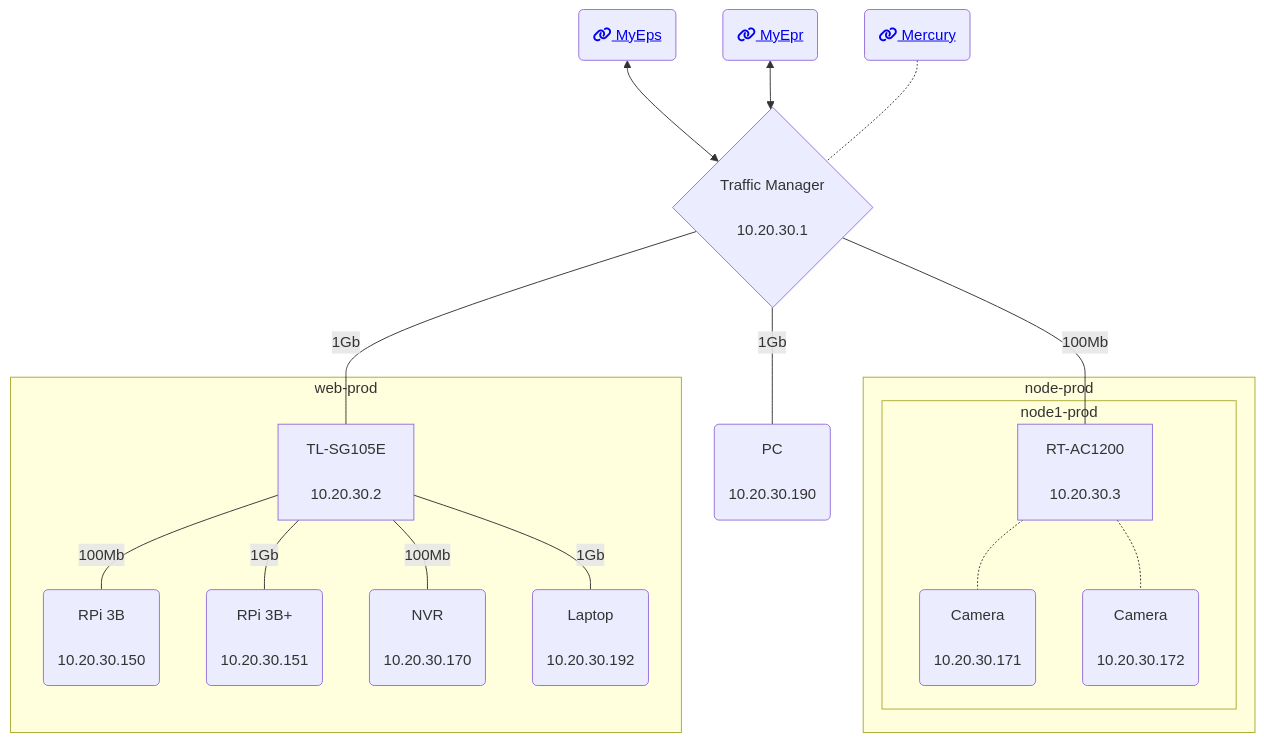
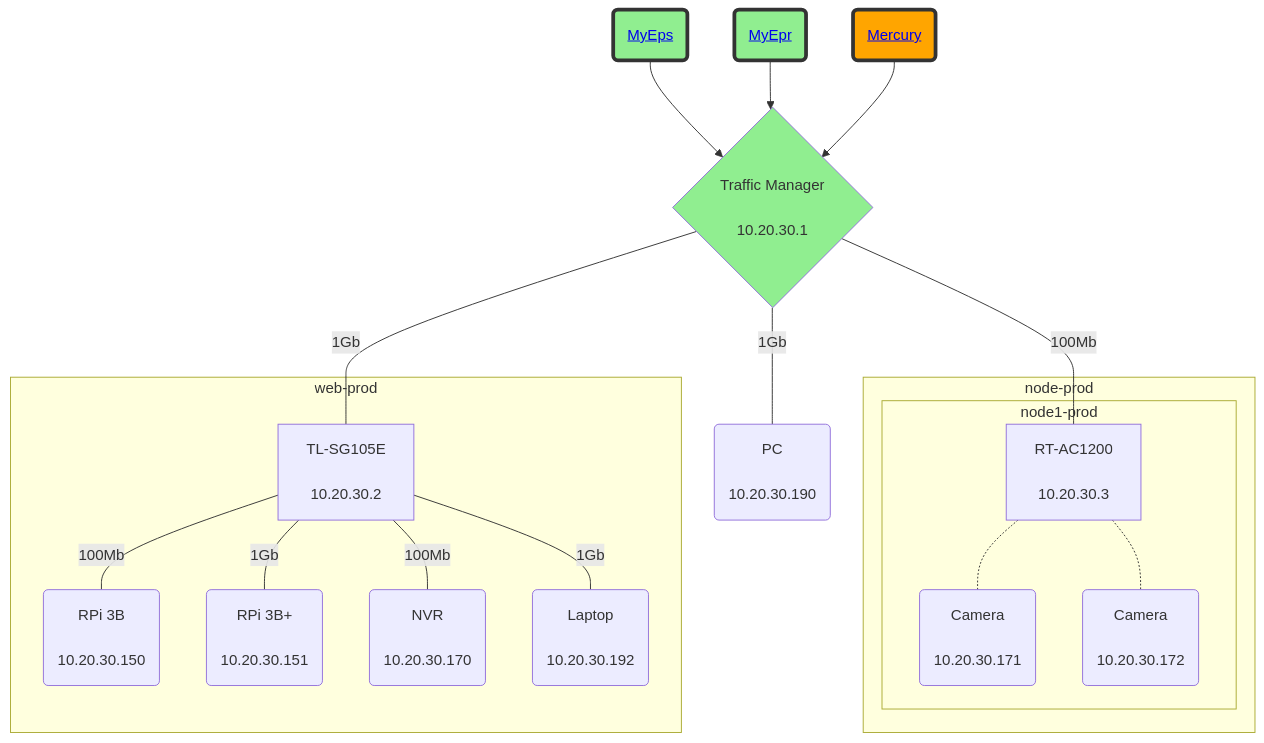
One commit to EproductiveReleases/whatsup changed the diagram in README.md. Above: the diagram before and after it, drawn with Mermaid.

````diff
--- a/README.md
+++ b/README.md
@@ -3,24 +3,29 @@
 ```mermaid
 graph TD
  linkStyle default interpolate basis
- myeps(<center><a href='https://github.com/EproductiveReleases/whatsup/blob/main/applications/myeps/README.md'>fa:fa-link MyEps</a></center>)<-->router{<center>Traffic Manager<br><br>10.20.30.1</center>}
- myepr(<center><a href='https://github.com/EproductiveReleases/whatsup/blob/main/applications/myeps/README.md'>fa:fa-link MyEpr</a></center>)<-->router
- mercury(<center><a href='https://github.com/EproductiveReleases/whatsup/blob/main/applications/myeps/README.md'>fa:fa-link Mercury</a></center>)-.-router
- router---|100Mb|ap[<center>RT-AC1200<br><br>10.20.30.3</center>]
- router---|1Gb|pc(<center>PC<br><br>10.20.30.190</center>)
- router---|1Gb|switch[<center>TL-SG105E<br><br>10.20.30.2</center>]
+ myeps(<center><a href='https://github.com/EproductiveReleases/whatsup/blob/main/applications/myeps/README.md'>MyEps</a></center>)-->tm
+ myepr(<center><a href='https://github.com/EproductiveReleases/whatsup/blob/main/applications/myepr/README.md'>MyEpr</a></center>)-->tm
+ mercury(<center><a href='https://github.com/EproductiveReleases/whatsup/blob/main/applications/mercury/README.md'>Mercury</a></center>)-->tm
+ tm{<center>Traffic Manager<br><br>10.20.30.1</center>}
+ tm---|100Mb|ap[<center>RT-AC1200<br><br>10.20.30.3</center>]
+ tm---|1Gb|pc(<center>PC<br><br>10.20.30.190</center>)
+ tm---|1Gb|switch[<center>TL-SG105E<br><br>10.20.30.2</center>]
  subgraph node-prod
   subgraph node1-prod
   ap-.-cam1(<center>Camera<br><br>10.20.30.171</center>)
   ap-.-cam2(<center>Camera<br><br>10.20.30.172</center>)
   end
  end
  subgraph web-prod
  switch---|100Mb|pi1(<center>RPi 3B<br><br>10.20.30.150</center>)
  switch---|1Gb|pi2(<center>RPi 3B+<br><br>10.20.30.151</center>)
  switch---|100Mb|nvr(<center>NVR<br><br>10.20.30.170</center>)
  switch---|1Gb|laptop(<center>Laptop<br><br>10.20.30.192</center>)
  end
 
+style myeps fill:lightgreen,stroke:#333,stroke-width:4px
+style myepr fill:lightgreen,stroke:#333,stroke-width:4px
+style mercury fill:orange,stroke:#333,stroke-width:4px
+style tm fill:lightgreen
 
 ```
````
